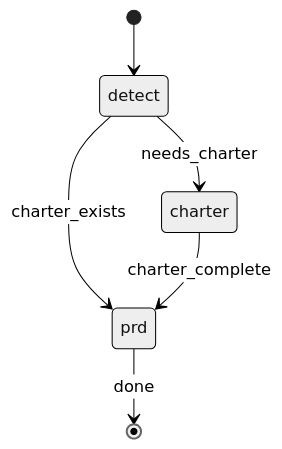
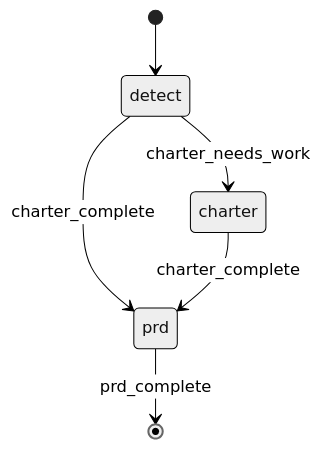
Before and after one commit to rp1-run/rp1: the diagram in plugins/dev/skills/blueprint/SKILL.md, drawn with Mermaid (neutral theme). The commit also changed other lines of this file and 10 other files, not shown here.

First line of the commit message:
refactor(dev): replace relay interviews with parent-owned flows (#436)

````diff
--- a/plugins/dev/skills/blueprint/SKILL.md
+++ b/plugins/dev/skills/blueprint/SKILL.md
@@ -41,8 +45,8 @@
 ```mermaid
 stateDiagram-v2
     [*] --> detect
-    detect --> charter : needs_charter
-    detect --> prd : charter_exists
+    detect --> charter : charter_needs_work
+    detect --> prd : charter_complete
     charter --> prd : charter_complete
-    prd --> [*] : done
+    prd --> [*] : prd_complete
 ```
````
